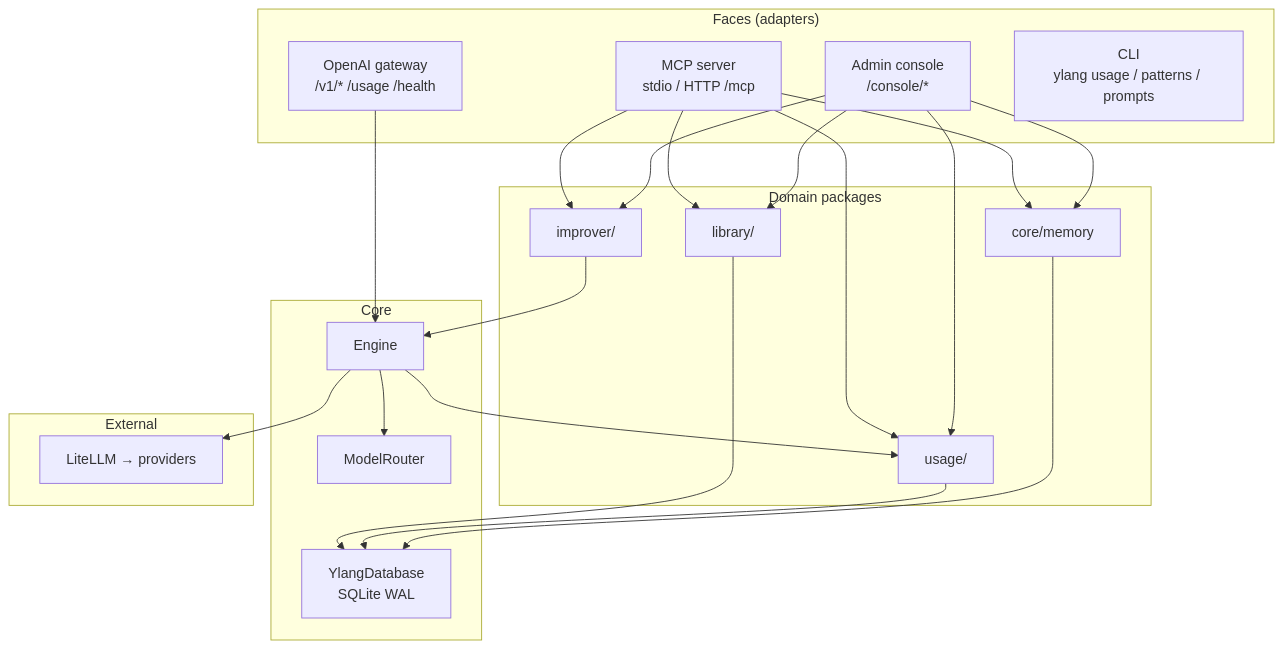
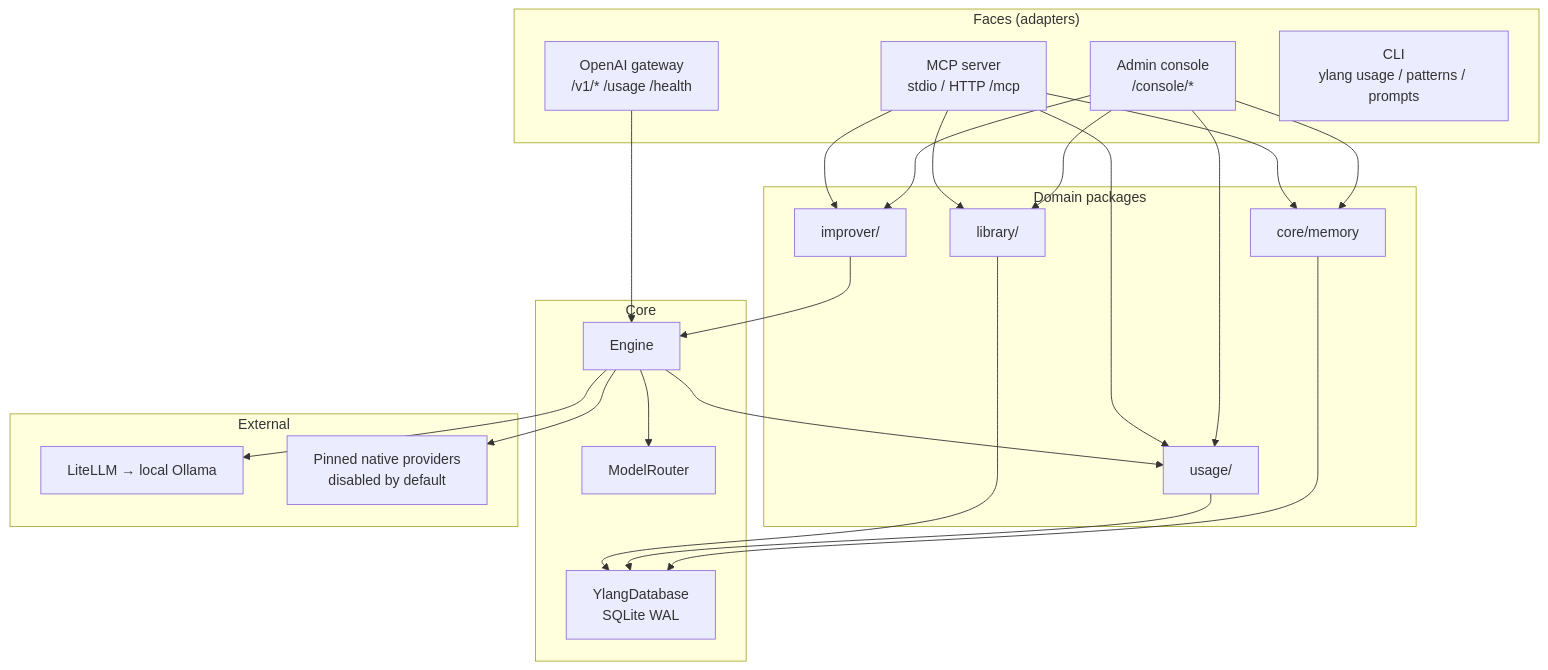
One commit to Yann-0/ylang changed the first of 3 diagrams in docs/architecture.md. Above: the diagram before and after it, drawn with Mermaid. The commit also changed other lines of this file and 6 other files, not shown here.

````diff
--- a/docs/architecture.md
+++ b/docs/architecture.md
@@ -17,43 +25,45 @@
 ```mermaid
 flowchart TB
     subgraph faces["Faces (adapters)"]
         MCP["MCP server<br/>stdio / HTTP /mcp"]
         GW["OpenAI gateway<br/>/v1/* /usage /health"]
         CON["Admin console<br/>/console/*"]
         CLI["CLI<br/>ylang usage / patterns / prompts"]
     end
 
     subgraph domain["Domain packages"]
         IMP["improver/"]
         LIB["library/"]
         USG["usage/"]
         MEM["core/memory"]
     end
 
     subgraph core["Core"]
         ENG["Engine"]
         RTR["ModelRouter"]
         DB["YlangDatabase<br/>SQLite WAL"]
     end
 
     subgraph external["External"]
-        LLM["LiteLLM → providers"]
+        LLM["LiteLLM → local Ollama"]
+        NATIVE["Pinned native providers<br/>disabled by default"]
     end
 
     MCP --> IMP
     MCP --> LIB
     MCP --> USG
     MCP --> MEM
     CON --> IMP
     CON --> LIB
     CON --> USG
     CON --> MEM
     GW --> ENG
     IMP --> ENG
     ENG --> RTR
     ENG --> USG
     ENG --> LLM
+    ENG --> NATIVE
     LIB --> DB
     USG --> DB
     MEM --> DB
 ```
````
